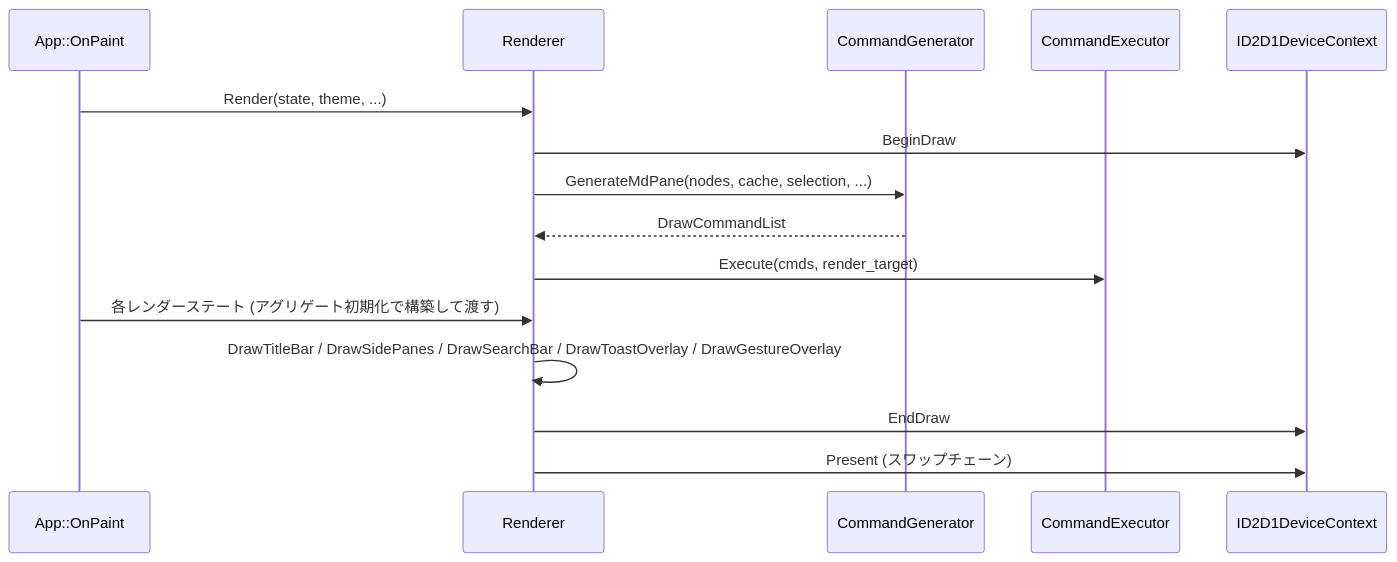
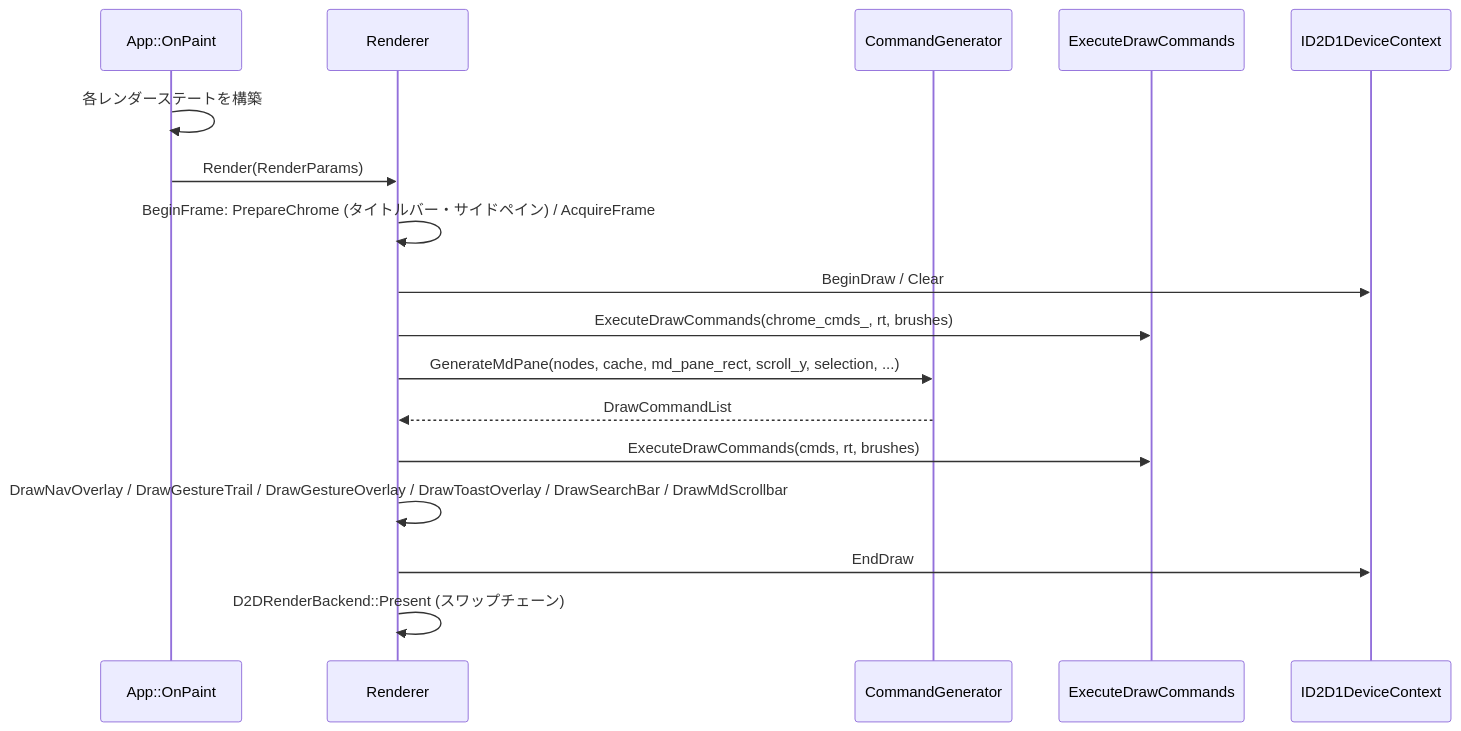
One commit to tanaton/mendo changed the fifth of 27 diagrams in example/test.md. Above: the diagram before and after it, drawn with Mermaid. The commit also changed other lines of this file and 2 other files, not shown here.

````diff
--- a/example/test.md
+++ b/example/test.md
@@ -753,18 +763,20 @@
 ```mermaid
 sequenceDiagram
     participant APP as App::OnPaint
     participant R as Renderer
     participant CG as CommandGenerator
-    participant CE as CommandExecutor
+    participant CE as ExecuteDrawCommands
     participant RT as ID2D1DeviceContext
 
-    APP->>R: Render(state, theme, ...)
-    R->>RT: BeginDraw
-    R->>CG: GenerateMdPane(nodes, cache, selection, ...)
+    APP->>APP: 各レンダーステートを構築
+    APP->>R: Render(RenderParams)
+    R->>R: BeginFrame: PrepareChrome (タイトルバー・サイドペイン) / AcquireFrame
+    R->>RT: BeginDraw / Clear
+    R->>CE: ExecuteDrawCommands(chrome_cmds_, rt, brushes)
+    R->>CG: GenerateMdPane(nodes, cache, md_pane_rect, scroll_y, selection, ...)
     CG-->>R: DrawCommandList
-    R->>CE: Execute(cmds, render_target)
-    APP->>R: 各レンダーステート (アグリゲート初期化で構築して渡す)
-    R->>R: DrawTitleBar / DrawSidePanes / DrawSearchBar / DrawToastOverlay / DrawGestureOverlay
+    R->>CE: ExecuteDrawCommands(cmds, rt, brushes)
+    R->>R: DrawNavOverlay / DrawGestureTrail / DrawGestureOverlay / DrawToastOverlay / DrawSearchBar / DrawMdScrollbar
     R->>RT: EndDraw
-    R->>RT: Present (スワップチェーン)
+    R->>R: D2DRenderBackend::Present (スワップチェーン)
 ```
````
